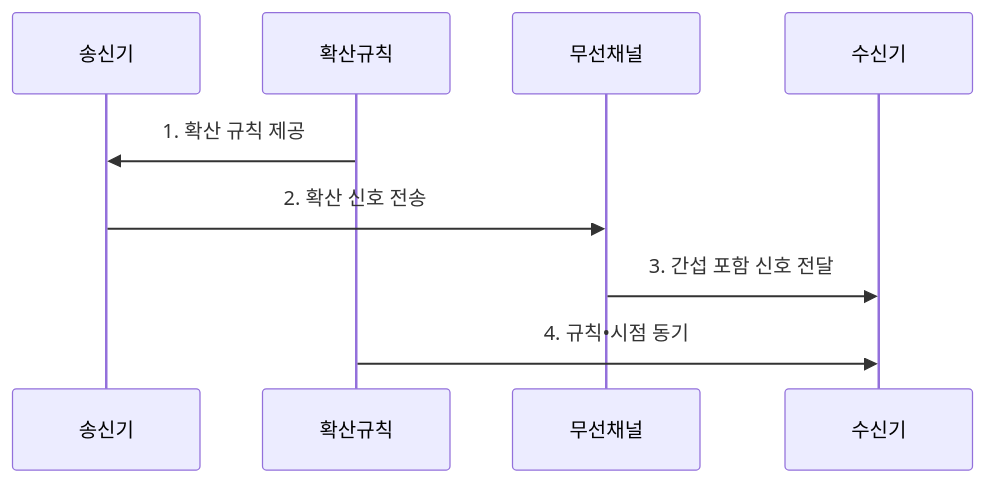
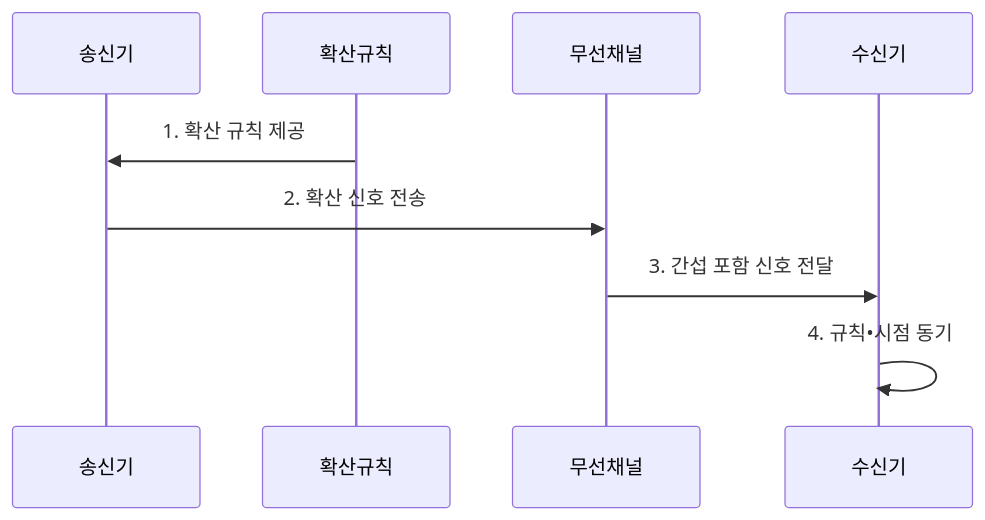
One commit to agnusdei1207/knowledge-base changed the second of 2 diagrams in src/content/docs/notes/04-network/035_fhss_dsss.md. Above: the diagram before and after it, drawn with Mermaid. The commit also changed other lines of this file and 4 other files, not shown here.

````diff
--- a/src/content/docs/notes/04-network/035_fhss_dsss.md
+++ b/src/content/docs/notes/04-network/035_fhss_dsss.md
@@ -93,11 +93,11 @@
 ```mermaid
 sequenceDiagram
     participant 송신기
     participant 확산규칙
     participant 무선채널
     participant 수신기
     확산규칙->>송신기: 1. 확산 규칙 제공
     송신기->>무선채널: 2. 확산 신호 전송
     무선채널->>수신기: 3. 간섭 포함 신호 전달
-    확산규칙->>수신기: 4. 규칙•시점 동기
+    수신기->>수신기: 4. 규칙•시점 동기
 ```
````
